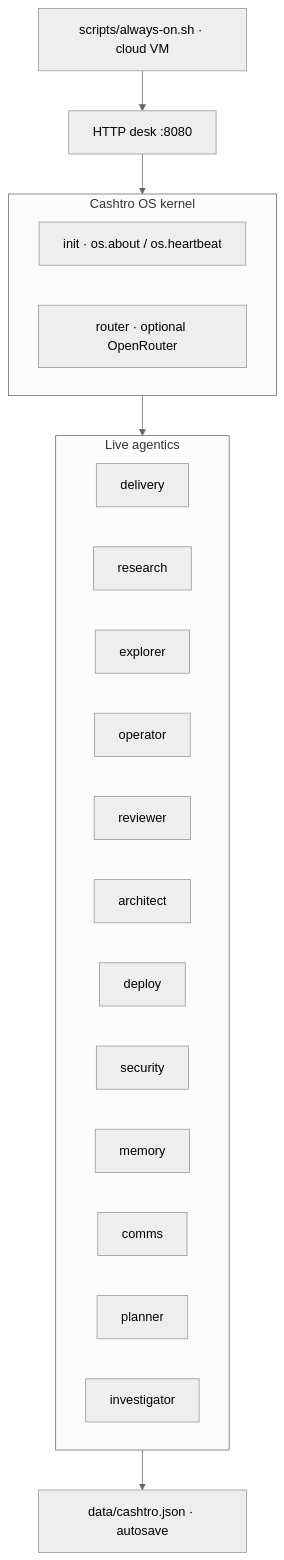
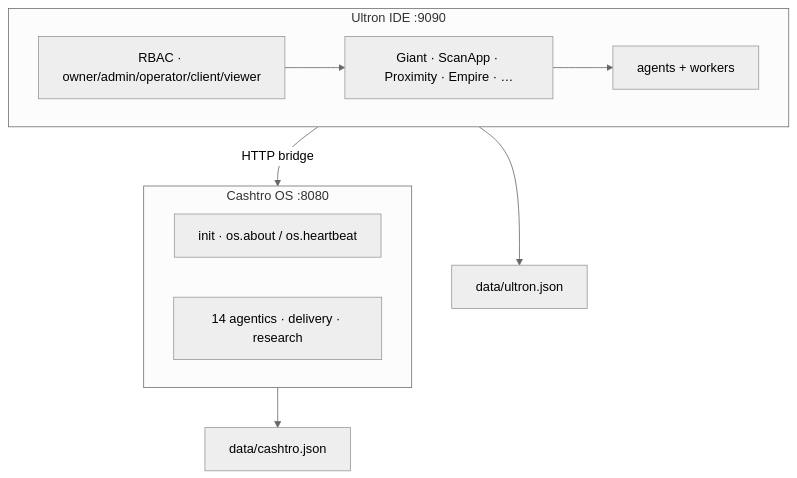
One commit to cashtro/cashtro changed the diagram in .cursor/skills/cashtro-agentic-map/SKILL.md. Above: the diagram before and after it, drawn with Mermaid (neutral theme). The commit also changed other lines of this file, not shown here.

Commit message:
docs: map Ultron above Cashtro in agentic-map skill

````diff
--- a/.cursor/skills/cashtro-agentic-map/SKILL.md
+++ b/.cursor/skills/cashtro-agentic-map/SKILL.md
@@ -12,28 +12,18 @@
 ```mermaid
 flowchart TB
-  subgraph Kernel["Cashtro OS kernel"]
+  subgraph Ultron["Ultron IDE :9090"]
+    Auth["RBAC · owner/admin/operator/client/viewer"]
+    Cos["Giant · ScanApp · Proximity · Empire · …"]
+    Fleet["agents + workers"]
+  end
+  subgraph Kernel["Cashtro OS :8080"]
     Init["init · os.about / os.heartbeat"]
-    Router["router · optional OpenRouter"]
+    Live["14 agentics · delivery · research"]
   end
-  subgraph Live["Live agentics"]
-    Delivery["delivery"]
-    Research["research"]
-    Explorer["explorer"]
-    Operator["operator"]
-    Reviewer["reviewer"]
-    Architect["architect"]
-    Deploy["deploy"]
-    Security["security"]
-    Memory["memory"]
-    Comms["comms"]
-    Planner["planner"]
-    Investigator["investigator"]
-  end
-  Disk["data/cashtro.json · autosave"]
-  Desk["HTTP desk :8080"]
-  Always["scripts/always-on.sh · cloud VM"]
-  Kernel --> Live
-  Live --> Disk
-  Desk --> Kernel
-  Always --> Desk
+  DiskU["data/ultron.json"]
+  DiskC["data/cashtro.json"]
+  Ultron -->|HTTP bridge| Kernel
+  Auth --> Cos --> Fleet
+  Ultron --> DiskU
+  Kernel --> DiskC
 ```
````
